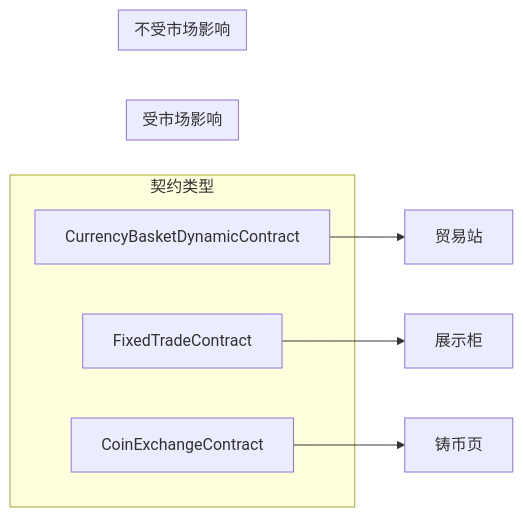
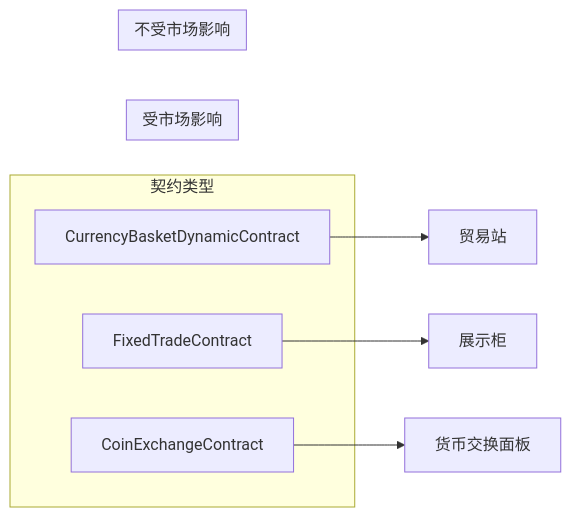
The second of 10 diagrams in docs/技术/交易系统架构.md (MCZME/ruralroutes), drawn with Mermaid before and after one commit. The commit also changed other lines of this file and 23 other files, not shown here.

````diff
--- a/docs/技术/交易系统架构.md
+++ b/docs/技术/交易系统架构.md
@@ -72,21 +72,21 @@
 ```mermaid
 flowchart LR
     subgraph Types["契约类型"]
         CBD["CurrencyBasketDynamicContract"]
         FT["FixedTradeContract"]
         CX["CoinExchangeContract"]
     end
 
     subgraph Market["受市场影响"]
         CBD
     end
 
     subgraph NoMarket["不受市场影响"]
         FT
         CX
     end
 
     CBD --> TS["贸易站"]
     FT --> DC["展示柜"]
-    CX --> CE["铸币页"]
+    CX --> CE["货币交换面板"]
 ```
````
